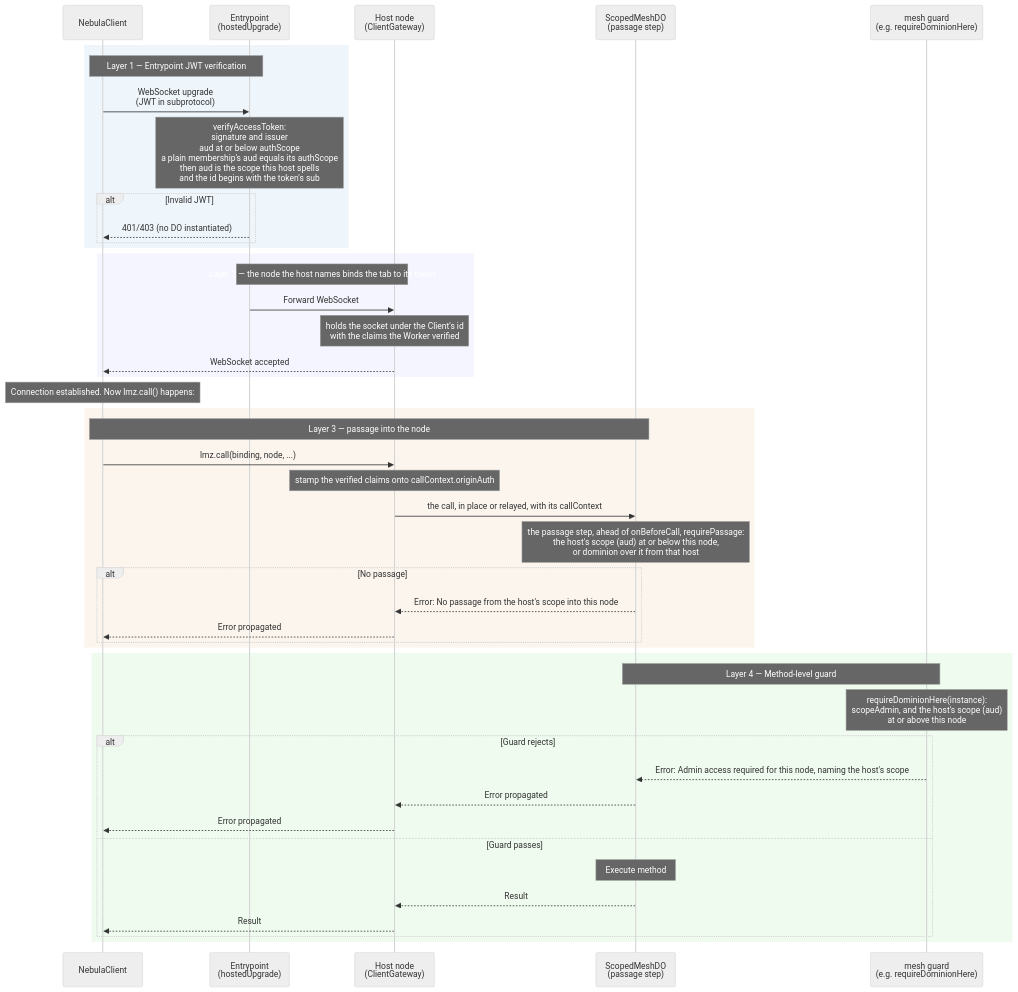
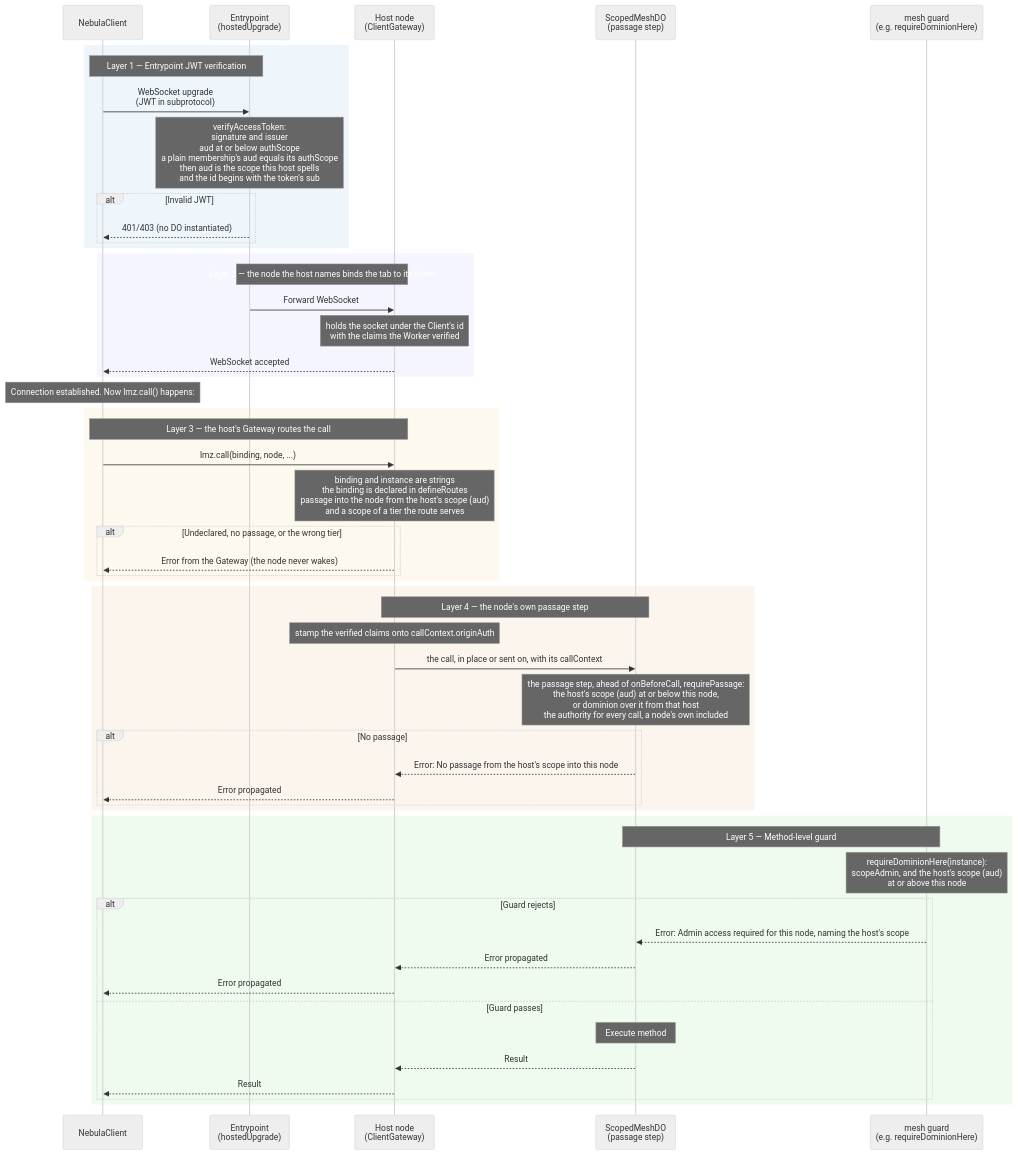
One commit to lumenize/lumenize changed the fourth of 5 diagrams in website/docs/nebula/auth-flows.md. Above: the diagram before and after it, drawn with Mermaid (neutral theme). The commit also changed other lines of this file and 25 other files, not shown here.

First line of the commit message:
mesh, docs, tasks: guidance for the Gateway's routes, the deployed pass, and the panel's fixes

````diff
--- a/website/docs/nebula/auth-flows.md
+++ b/website/docs/nebula/auth-flows.md
@@ -207,52 +207,60 @@
 ```mermaid
 sequenceDiagram
     participant C as NebulaClient
     participant EP as Entrypoint<br/>(hostedUpgrade)
     participant GW as Host node<br/>(ClientGateway)
     participant DO as ScopedMeshDO<br/>(passage step)
     participant M as mesh guard<br/>(e.g. requireDominionHere)
 
     rect rgba(200, 220, 240, 0.3)
         Note over C,EP: Layer 1 — Entrypoint JWT verification
         C->>EP: WebSocket upgrade<br/>(JWT in subprotocol)
         Note over EP: verifyAccessToken:<br/>signature and issuer<br/>aud at or below authScope<br/>a plain membership's aud equals its authScope<br/>then aud is the scope this host spells<br/>and the id begins with the token's sub
         alt Invalid JWT
             EP-->>C: 401/403 (no DO instantiated)
         end
     end
 
     rect rgba(220, 220, 255, 0.3)
         Note over EP,GW: Layer 2 — the node the host names binds the tab to its token
         EP->>GW: Forward WebSocket
         Note over GW: holds the socket under the Client's id<br/>with the claims the Worker verified
         GW-->>C: WebSocket accepted
     end
 
     Note over C: Connection established. Now lmz.call() happens:
 
+    rect rgba(250, 235, 200, 0.3)
+        Note over C,GW: Layer 3 — the host's Gateway routes the call
+        C->>GW: lmz.call(binding, node, ...)
+        Note over GW: binding and instance are strings<br/>the binding is declared in defineRoutes<br/>passage into the node from the host's scope (aud)<br/>and a scope of a tier the route serves
+        alt Undeclared, no passage, or the wrong tier
+            GW-->>C: Error from the Gateway (the node never wakes)
+        end
+    end
+
     rect rgba(240, 220, 200, 0.3)
-        Note over C,DO: Layer 3 — passage into the node
-        C->>GW: lmz.call(binding, node, ...)
+        Note over GW,DO: Layer 4 — the node's own passage step
         Note over GW: stamp the verified claims onto callContext.originAuth
-        GW->>DO: the call, in place or relayed, with its callContext
-        Note over DO: the passage step, ahead of onBeforeCall, requirePassage:<br/>the host's scope (aud) at or below this node,<br/>or dominion over it from that host
+        GW->>DO: the call, in place or sent on, with its callContext
+        Note over DO: the passage step, ahead of onBeforeCall, requirePassage:<br/>the host's scope (aud) at or below this node,<br/>or dominion over it from that host<br/>the authority for every call, a node's own included
         alt No passage
             DO-->>GW: Error: No passage from the host's scope into this node
             GW-->>C: Error propagated
         end
     end
 
     rect rgba(200, 240, 200, 0.3)
-        Note over DO,M: Layer 4 — Method-level guard
+        Note over DO,M: Layer 5 — Method-level guard
         Note over M: requireDominionHere(instance):<br/>scopeAdmin, and the host's scope (aud)<br/>at or above this node
         alt Guard rejects
             M-->>DO: Error: Admin access required for this node, naming the host's scope
             DO-->>GW: Error propagated
             GW-->>C: Error propagated
         else Guard passes
             Note over DO: Execute method
             DO-->>GW: Result
             GW-->>C: Result
         end
     end
 ```
````
